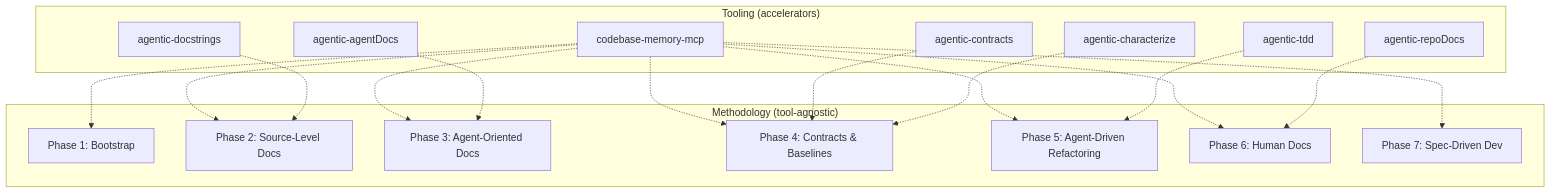
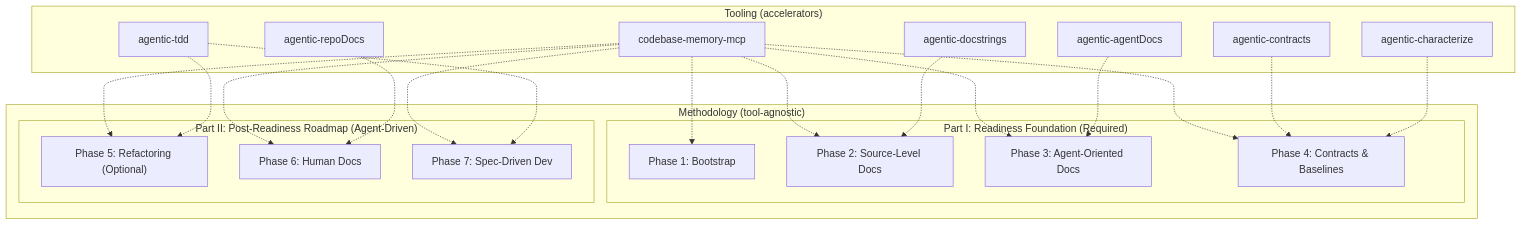
Before and after one commit to Nistapp/codebase-agentic-readiness-framework: the first of 2 diagrams in Tool-Ecosystem.md, drawn with Mermaid. The commit also changed 2 other files, not shown here.

Commit message:
Separated the phases into agentic-readiness and post-readiness activities. Also added notes about spec-ops and unit-tests.

````diff
--- a/Tool-Ecosystem.md
+++ b/Tool-Ecosystem.md
@@ -12,36 +12,41 @@
 ```mermaid
 graph TB
     subgraph "Methodology (tool-agnostic)"
-        M1["Phase 1: Bootstrap"]
-        M2["Phase 2: Source-Level Docs"]
-        M3["Phase 3: Agent-Oriented Docs"]
-        M4["Phase 4: Contracts & Baselines"]
-        M5["Phase 5: Agent-Driven Refactoring"]
-        M6["Phase 6: Human Docs"]
-        M7["Phase 7: Spec-Driven Dev"]
+        subgraph "Part I: Readiness Foundation (Required)"
+            M1["Phase 1: Bootstrap"]
+            M2["Phase 2: Source-Level Docs"]
+            M3["Phase 3: Agent-Oriented Docs"]
+            M4["Phase 4: Contracts & Baselines"]
+        end
+        subgraph "Part II: Post-Readiness Roadmap (Agent-Driven)"
+            M5["Phase 5: Refactoring (Optional)"]
+            M6["Phase 6: Human Docs"]
+            M7["Phase 7: Spec-Driven Dev"]
+        end
     end
 
     subgraph "Tooling (accelerators)"
         T1["codebase-memory-mcp"]
         T2["agentic-tdd"]
         T3["agentic-docstrings"]
         T4["agentic-agentDocs"]
         T5["agentic-contracts"]
         T6["agentic-characterize"]
         T7["agentic-repoDocs"]
     end
 
     T1 -.-> M1
     T1 -.-> M2
     T1 -.-> M3
     T1 -.-> M4
     T1 -.-> M5
     T1 -.-> M6
     T1 -.-> M7
     T2 -.-> M5
+    T2 -.-> M7
     T3 -.-> M2
     T4 -.-> M3
     T5 -.-> M4
     T6 -.-> M4
     T7 -.-> M6
 ```
````
